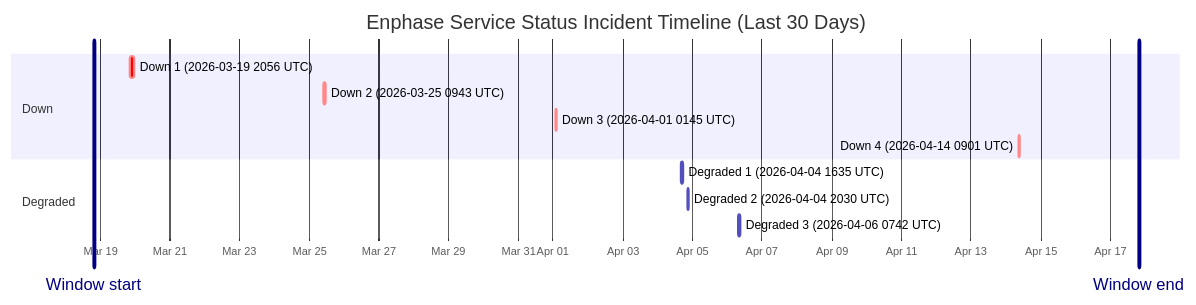
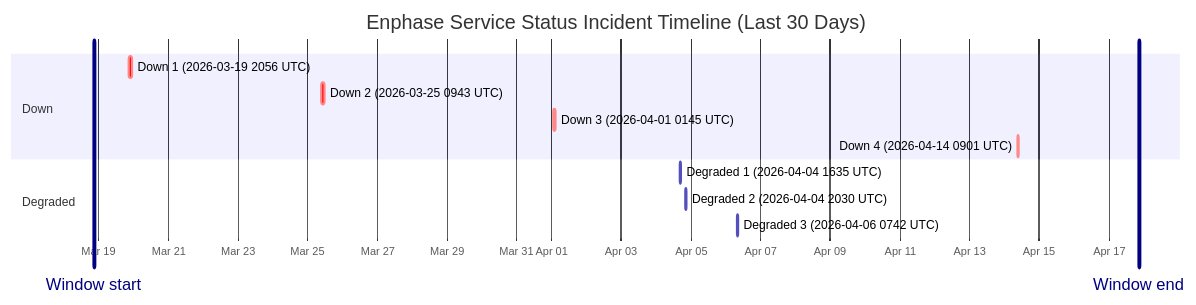
The diagram in wiki/Service-Status-History.md (barneyonline/ha-enphase-ev-charger), drawn with Mermaid before and after one commit. The commit also changed other lines of this file and 3 other files, not shown here.

````diff
--- a/wiki/Service-Status-History.md
+++ b/wiki/Service-Status-History.md
@@ -14,17 +14,17 @@
 ```mermaid
 gantt
     title Enphase Service Status Incident Timeline (Last 30 Days)
     dateFormat  YYYY-MM-DDTHH:mm:ss
     axisFormat  %b %d
-    Window start :vert, window-start, 2026-03-18T19:36:24, 0ms
-    Window end :vert, window-end, 2026-04-17T19:36:24, 0ms
+    Window start :vert, window-start, 2026-03-18T20:42:15, 0ms
+    Window end :vert, window-end, 2026-04-17T20:42:15, 0ms
     section Down
     Down 1 (2026-03-19 2056 UTC) :crit, down-1, 2026-03-19T20:56:20, 145m
     Down 2 (2026-03-25 0943 UTC) :crit, down-2, 2026-03-25T09:43:28, 111m
     Down 3 (2026-04-01 0145 UTC) :crit, down-3, 2026-04-01T01:45:09, 60m
     Down 4 (2026-04-14 0901 UTC) :crit, down-4, 2026-04-14T09:01:13, 60m
     section Degraded
     Degraded 1 (2026-04-04 1635 UTC) :active, degraded-1, 2026-04-04T16:35:17, 60m
     Degraded 2 (2026-04-04 2030 UTC) :active, degraded-2, 2026-04-04T20:30:40, 60m
     Degraded 3 (2026-04-06 0742 UTC) :active, degraded-3, 2026-04-06T07:42:09, 85m
 ```
````
